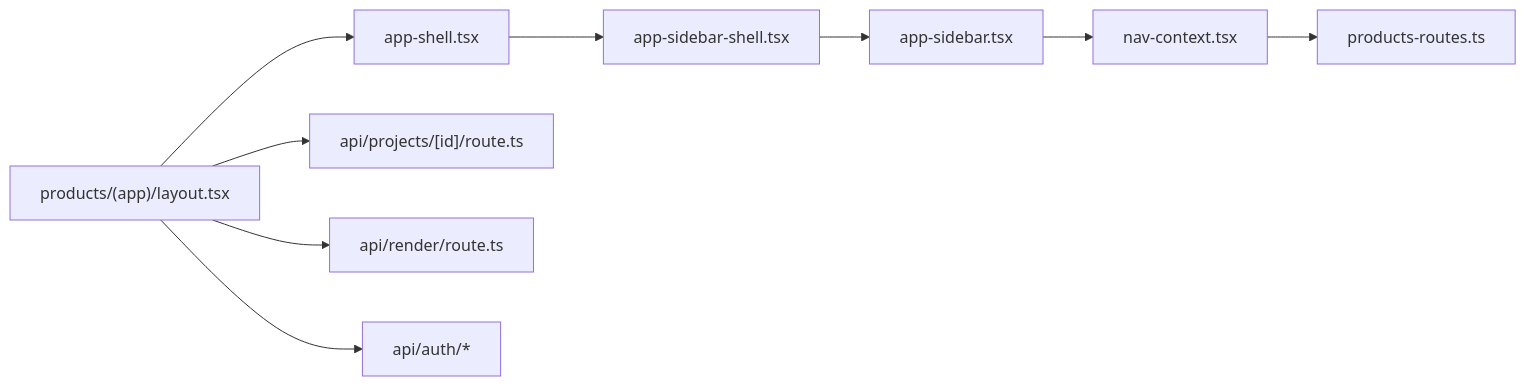
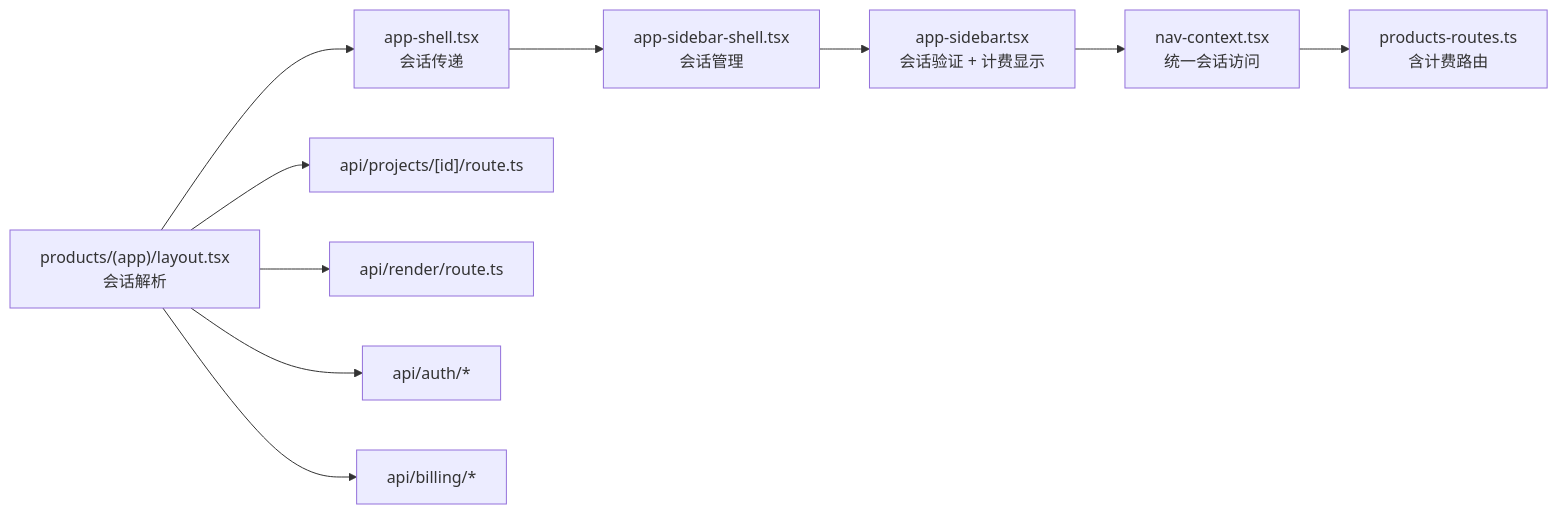
Before and after one commit to scottcwy/PurpleInk: the seventh of 7 diagrams in .qoder/repowiki/zh/content/前端架构/导航与路由.md, drawn with Mermaid. The commit also changed other lines of this file and 109 other files, not shown here.

````diff
--- a/.qoder/repowiki/zh/content/前端架构/导航与路由.md
+++ b/.qoder/repowiki/zh/content/前端架构/导航与路由.md
@@ -374,11 +404,12 @@
 ```mermaid
 graph LR
-Layout["products/(app)/layout.tsx"] --> Shell["app-shell.tsx"]
-Shell --> SidebarShell["app-sidebar-shell.tsx"]
-SidebarShell --> Sidebar["app-sidebar.tsx"]
-Sidebar --> NavCtx["nav-context.tsx"]
-NavCtx --> Routes["products-routes.ts"]
+Layout["products/(app)/layout.tsx<br/>会话解析"] --> Shell["app-shell.tsx<br/>会话传递"]
+Shell --> SidebarShell["app-sidebar-shell.tsx<br/>会话管理"]
+SidebarShell --> Sidebar["app-sidebar.tsx<br/>会话验证 + 计费显示"]
+Sidebar --> NavCtx["nav-context.tsx<br/>统一会话访问"]
+NavCtx --> Routes["products-routes.ts<br/>含计费路由"]
 Layout --> APIProjects["api/projects/[id]/route.ts"]
 Layout --> APIRender["api/render/route.ts"]
 Layout --> APIAuth["api/auth/*"]
+Layout --> APIBilling["api/billing/*"]
 ```
````
